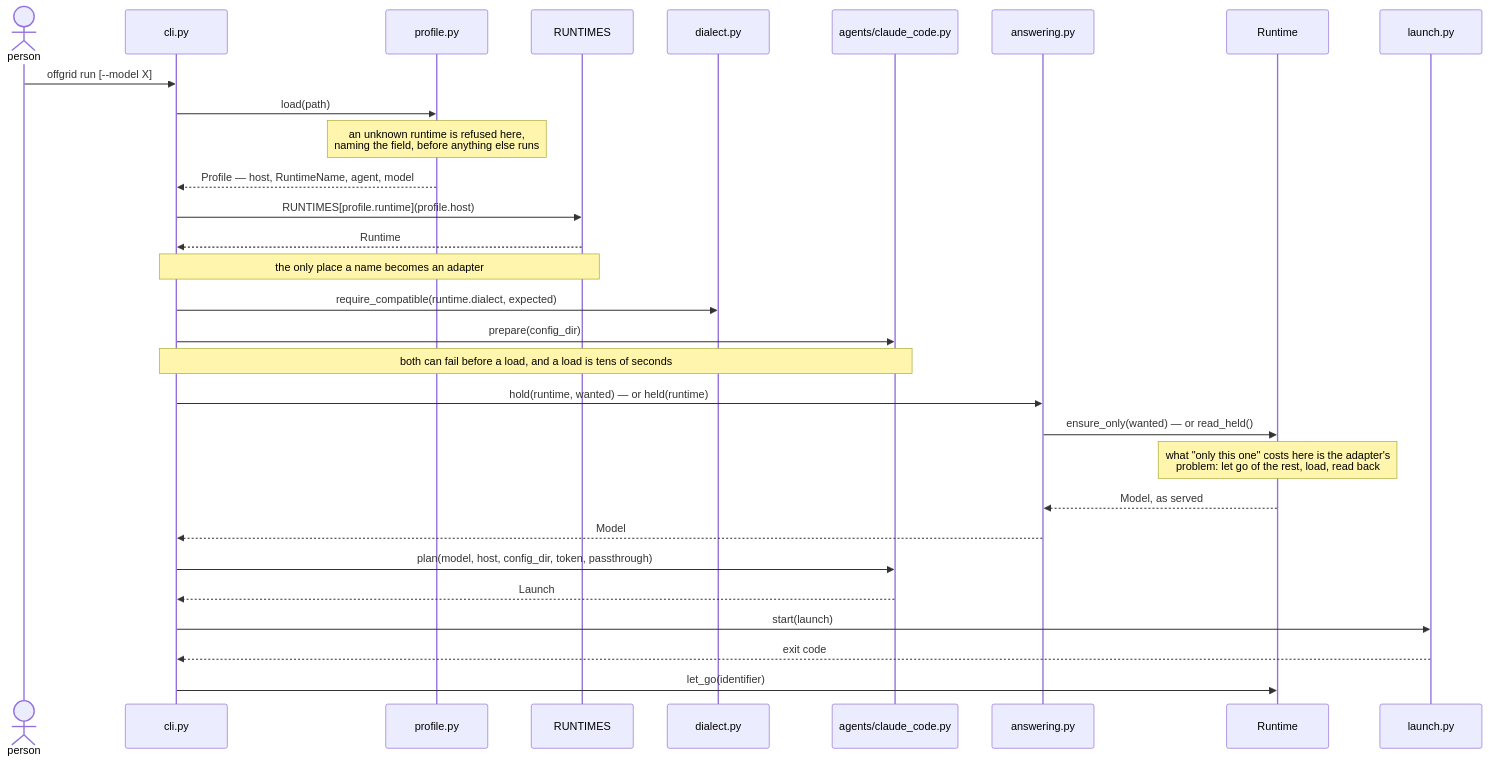
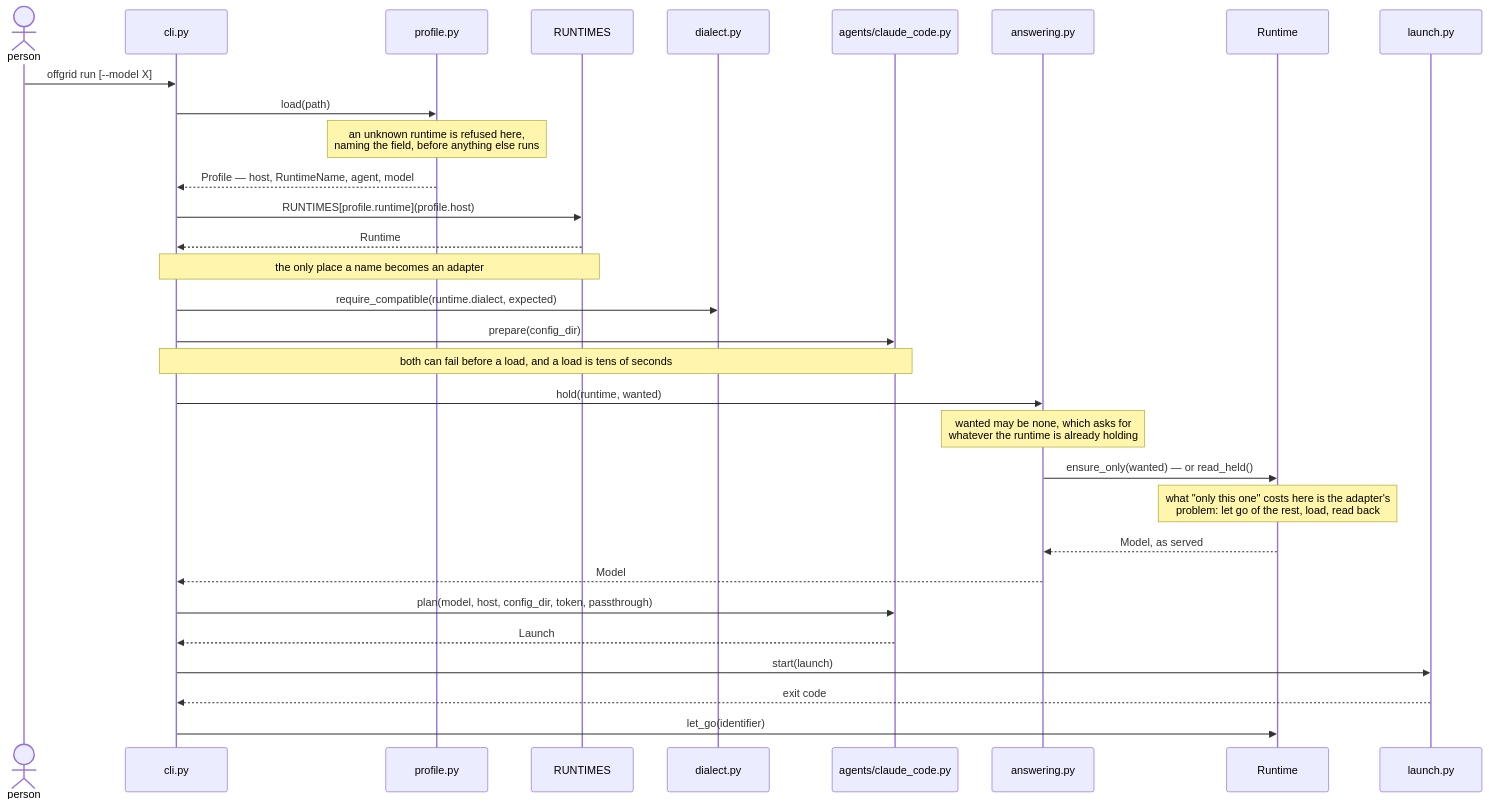
The second of 4 diagrams in docs/architecture.md (pvardanis/offgrid), drawn with Mermaid before and after one commit. The commit also changed 2 other files, not shown here.

Commit message:
docs: define the word that named a module without being in the language
`hold` was used in the README and in a module name and defined nowhere in
`CONTEXT.md`, which carried the state it produces (`held`, `resident`)
and the acts under it (`load`, `let go`) but never the act itself.

`decisions.md` also still said the module lets go of the rest, reads back
and lets go afterwards. Those moved behind the port; what stays is the
decision.

````diff
--- a/docs/architecture.md
+++ b/docs/architecture.md
@@ -127,33 +127,34 @@
 ```mermaid
 sequenceDiagram
     actor P as person
     participant C as cli.py
     participant F as profile.py
     participant G as RUNTIMES
     participant D as dialect.py
     participant A as agents/claude_code.py
     participant H as answering.py
     participant R as Runtime
     participant L as launch.py
 
     P->>C: offgrid run [--model X]
     C->>F: load(path)
     Note over F: an unknown runtime is refused here,<br/>naming the field, before anything else runs
     F-->>C: Profile — host, RuntimeName, agent, model
     C->>G: RUNTIMES[profile.runtime](profile.host)
     G-->>C: Runtime
     Note over C,G: the only place a name becomes an adapter
     C->>D: require_compatible(runtime.dialect, expected)
     C->>A: prepare(config_dir)
     Note over C,A: both can fail before a load, and a load is tens of seconds
-    C->>H: hold(runtime, wanted) — or held(runtime)
+    C->>H: hold(runtime, wanted)
+    Note over H: wanted may be none, which asks for<br/>whatever the runtime is already holding
     H->>R: ensure_only(wanted) — or read_held()
     Note over R: what "only this one" costs here is the adapter's<br/>problem: let go of the rest, load, read back
     R-->>H: Model, as served
     H-->>C: Model
     C->>A: plan(model, host, config_dir, token, passthrough)
     A-->>C: Launch
     C->>L: start(launch)
     L-->>C: exit code
     C->>R: let_go(identifier)
 ```
````
